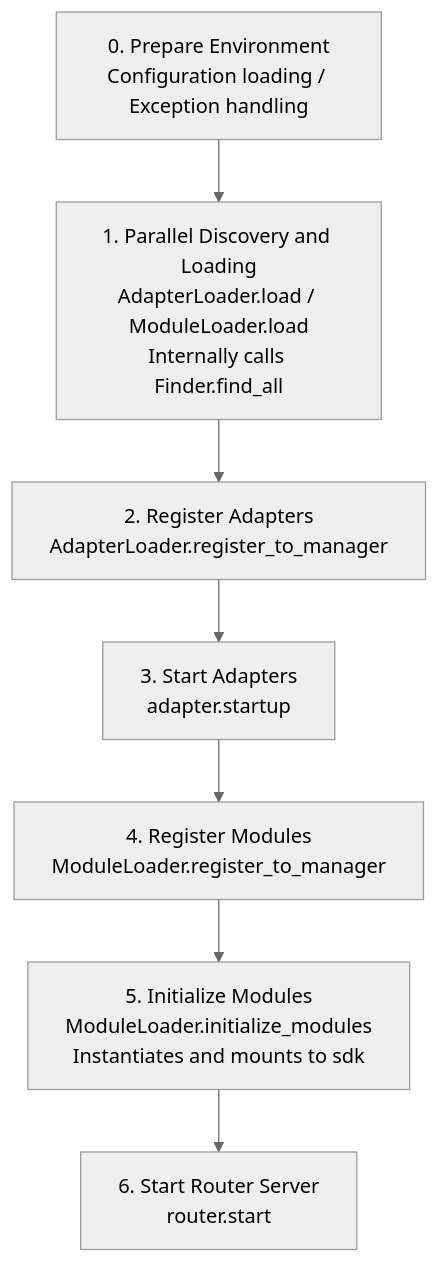
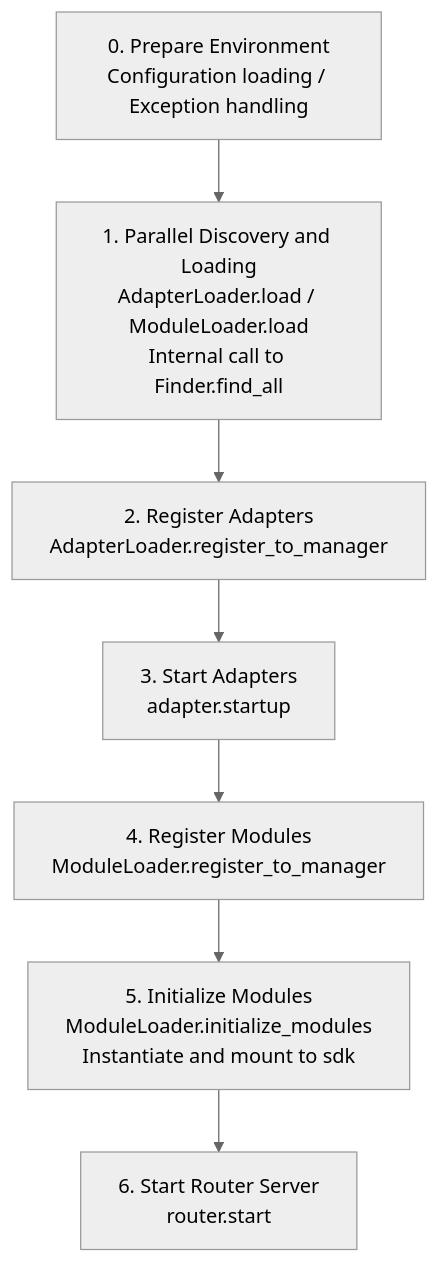
One commit to ErisPulse/ErisPulse changed the diagram in docs/en/advanced/startup.md. Above: the diagram before and after it, drawn with Mermaid (neutral theme). The commit also changed other lines of this file and 194 other files, not shown here.

````diff
--- a/docs/en/advanced/startup.md
+++ b/docs/en/advanced/startup.md
@@ -30,10 +30,10 @@
 ```mermaid
 flowchart TD
     A[0. Prepare Environment<br/>Configuration loading / Exception handling] --> B
-    B[1. Parallel Discovery and Loading<br/>AdapterLoader.load / ModuleLoader.load<br/>Internally calls Finder.find_all] --> C
+    B[1. Parallel Discovery and Loading<br/>AdapterLoader.load / ModuleLoader.load<br/>Internal call to Finder.find_all] --> C
     C[2. Register Adapters<br/>AdapterLoader.register_to_manager] --> D
     D[3. Start Adapters<br/>adapter.startup] --> E
     E[4. Register Modules<br/>ModuleLoader.register_to_manager] --> F
-    F[5. Initialize Modules<br/>ModuleLoader.initialize_modules<br/>Instantiates and mounts to sdk] --> G
+    F[5. Initialize Modules<br/>ModuleLoader.initialize_modules<br/>Instantiate and mount to sdk] --> G
     G[6. Start Router Server<br/>router.start]
 ```
````
